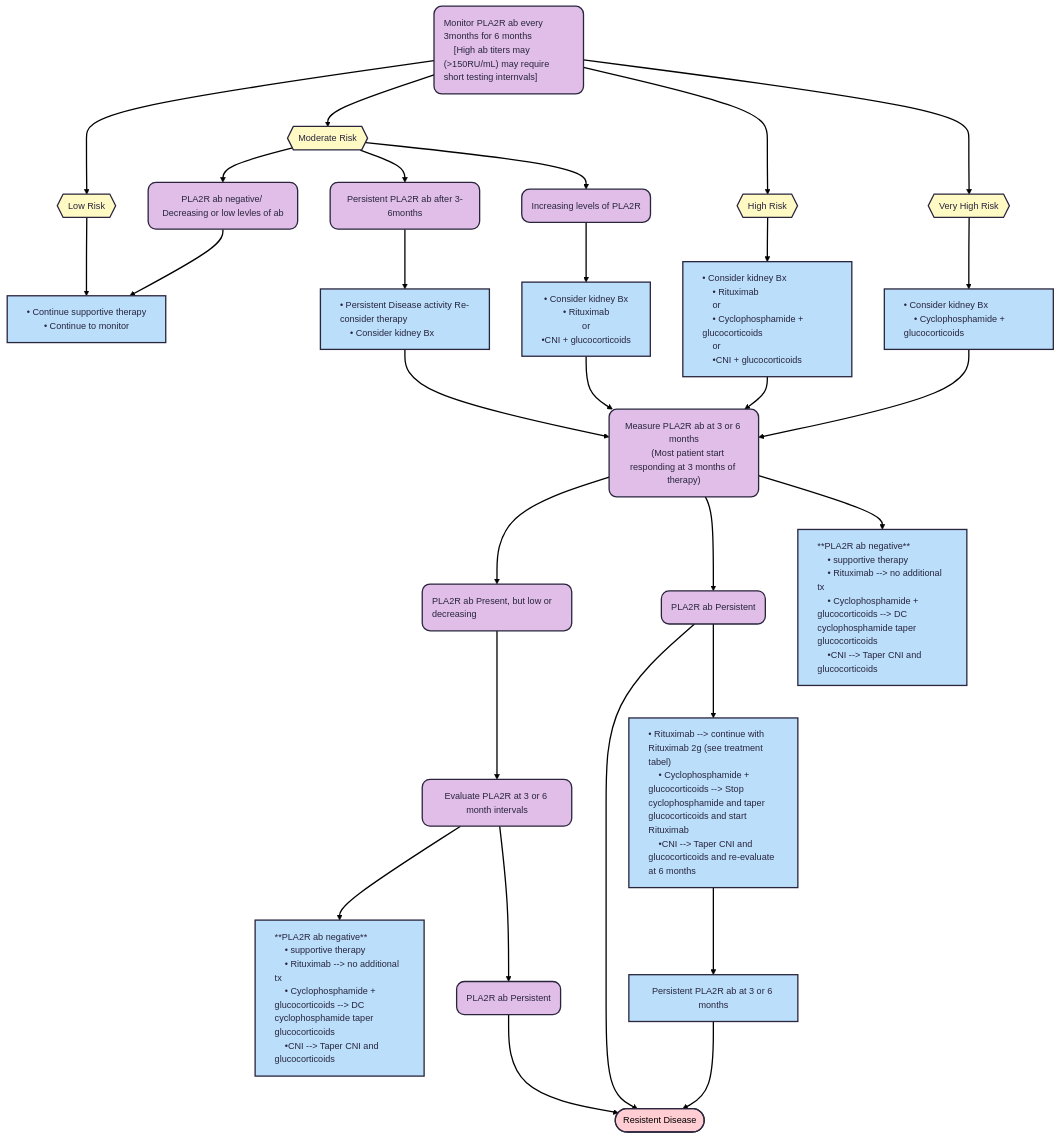
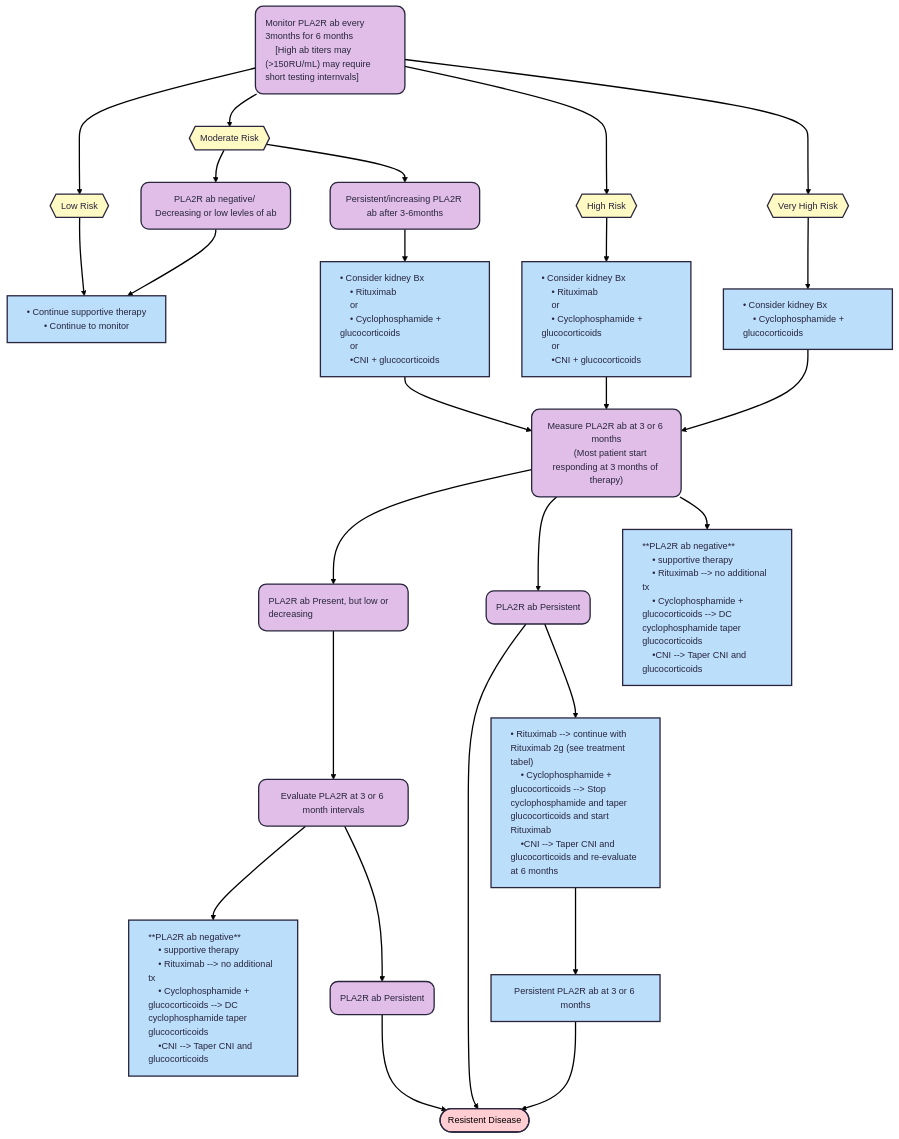
One commit to TTUNEPH2025/GN changed the third of 4 diagrams in docs/Membranous.md. Above: the diagram before and after it, drawn with Mermaid.

````diff
--- a/docs/Membranous.md
+++ b/docs/Membranous.md
@@ -211,8 +211,9 @@
 flowchart TD
     n9["Monitor PLA2R ab every 3months for 6 months
     [High ab titers may (>150RU/mL) may require short testing internvals]"] --> n10["Low Risk"] & n11["Moderate Risk"] & n12["High Risk"] & n13["Very High Risk"]
-    n11 --> n15["PLA2R ab negative/ Decreasing or low levles of ab"] & n16["Persistent PLA2R ab after 3-6months"] & n17["Increasing levels of PLA2R"]
-n15 --> n75
+    n11 --> n15["PLA2R ab negative/ Decreasing or low levles of ab"] & n16["Persistent/increasing PLA2R ab after 3-6months"]
+    n15 --> n75["• Continue supportive therapy
+    • Continue to monitor"]
     n12 --> n18["• Consider kidney Bx
     • Rituximab 
     or 
@@ -221,17 +222,16 @@
     •CNI + glucocorticoids"]
     n13 --> n19["• Consider kidney Bx
     • Cyclophosphamide + glucocorticoids"]
-    n17 --> n20["• Consider kidney Bx
+    n16 --> n22["• Consider kidney Bx
     • Rituximab 
+    or 
+    • Cyclophosphamide + glucocorticoids
     or
     •CNI + glucocorticoids"]
-    n16 --> n22["• Persistent Disease activity Re-consider therapy
-    • Consider kidney Bx"]
     n18 --> n24["Measure PLA2R ab at 3 or 6 months
     (Most patient start responding at 3 months of therapy)"]
     n19 --> n24
     n22 --> n24
-    n20 --> n24
     n24 --> n26["PLA2R ab Present, but low or decreasing"] & n27["PLA2R ab Persistent"] & n28["**PLA2R ab negative**
     • supportive therapy
     • Rituximab --> no additional tx
@@ -249,8 +249,7 @@
     •CNI --> Taper CNI and glucocorticoids and re-evaluate at 6 months"]
     n73 --> n74["Persistent PLA2R ab at 3 or 6 months"]
     n74 --> n32
-    n10 --> n75["• Continue supportive therapy
-    • Continue to monitor"]
+    n10 --> n75
     n9@{ shape: rounded}
     n10@{ shape: hex}
     n11@{ shape: hex}
@@ -258,7 +257,6 @@
     n13@{ shape: hex}
     n15@{ shape: rounded}
     n16@{ shape: rounded}
-    n17@{ shape: rounded}
     n24@{ shape: rounded}
     n26@{ shape: rounded}
     n27@{ shape: rounded}
@@ -271,10 +269,9 @@
     style n13 fill:#FFF9C4
     style n15 fill:#E1BEE7
     style n16 fill:#E1BEE7
-    style n17 fill:#E1BEE7
+    style n75 fill:#BBDEFB
     style n18 fill:#BBDEFB,text-align:left
     style n19 fill:#BBDEFB,text-align:left
-    style n20 fill:#BBDEFB
     style n22 fill:#BBDEFB,text-align:left
     style n24 fill:#E1BEE7
     style n26 fill:#E1BEE7,text-align:left
@@ -286,5 +283,4 @@
     style n32 color:#000000,fill:#FFCDD2,text-align:left
     style n73 fill:#BBDEFB,text-align:left
     style n74 fill:#BBDEFB
-    style n75 fill:#BBDEFB
 ```
````
